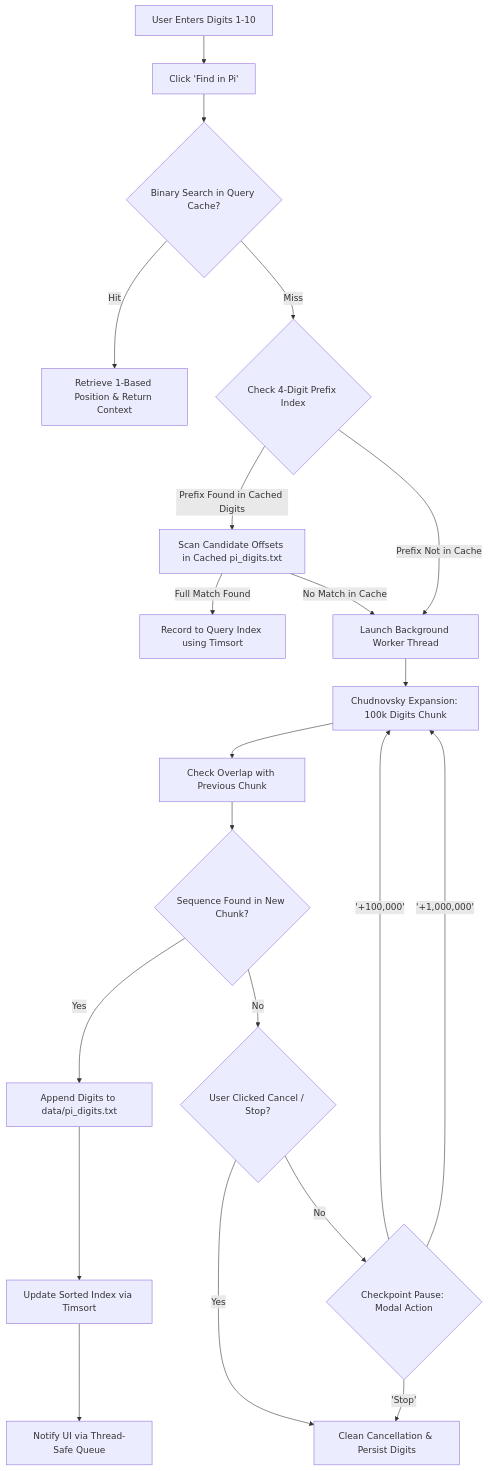
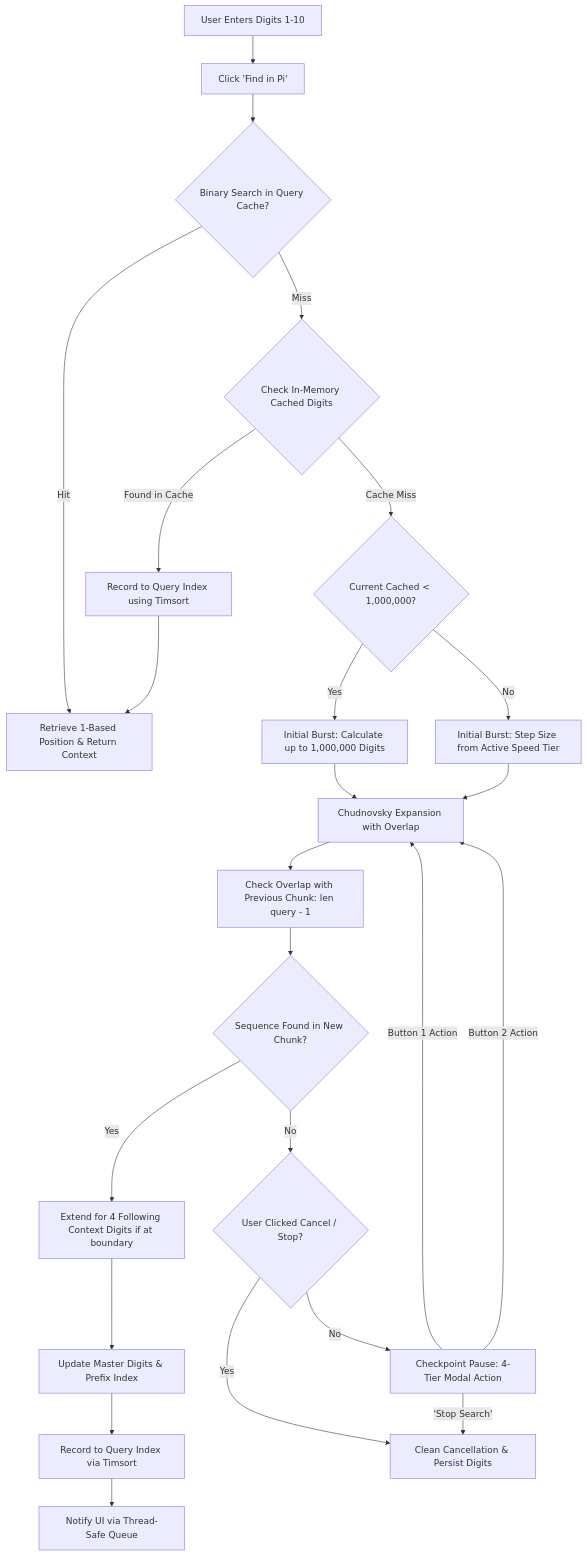
One commit to dabushes/PiPhone changed the diagram in PROJECT_DEFINITION.md. Above: the diagram before and after it, drawn with Mermaid. The commit also changed other lines of this file and 5 other files, not shown here.

Commit message:
Upgrade to v1.3: 4-tier time-budget bursts, 1M initial step, and hardened chunk boundary lookahead

````diff
--- a/PROJECT_DEFINITION.md
+++ b/PROJECT_DEFINITION.md
@@ -131,23 +140,26 @@
 ```mermaid
 flowchart TD
     A[User Enters Digits 1-10] --> B[Click 'Find in Pi']
     B --> C{Binary Search in Query Cache?}
     C -- Hit --> D[Retrieve 1-Based Position & Return Context]
-    C -- Miss --> E{Check 4-Digit Prefix Index}
-    E -- Prefix Found in Cached Digits --> F[Scan Candidate Offsets in Cached pi_digits.txt]
-    F -- Full Match Found --> G[Record to Query Index using Timsort]
-    F -- No Match in Cache --> H[Launch Background Worker Thread]
-    E -- Prefix Not in Cache --> H
-    H --> I[Chudnovsky Expansion: 100k Digits Chunk]
-    I --> J[Check Overlap with Previous Chunk]
-    J --> K{Sequence Found in New Chunk?}
-    K -- Yes --> L[Append Digits to data/pi_digits.txt]
-    L --> M[Update Sorted Index via Timsort]
-    M --> N[Notify UI via Thread-Safe Queue]
-    K -- No --> O{User Clicked Cancel / Stop?}
-    O -- Yes --> P[Clean Cancellation & Persist Digits]
-    O -- No --> Q{Checkpoint Pause: Modal Action}
-    Q -- '+100,000' --> I
-    Q -- '+1,000,000' --> I
-    Q -- 'Stop' --> P
+    C -- Miss --> E{Check In-Memory Cached Digits}
+    E -- Found in Cache --> F[Record to Query Index using Timsort]
+    F --> D
+    E -- Cache Miss --> G{Current Cached < 1,000,000?}
+    G -- Yes --> H[Initial Burst: Calculate up to 1,000,000 Digits]
+    G -- No --> I[Initial Burst: Step Size from Active Speed Tier]
+    H --> J[Chudnovsky Expansion with Overlap]
+    I --> J
+    J --> K[Check Overlap with Previous Chunk: len query - 1]
+    K --> L{Sequence Found in New Chunk?}
+    L -- Yes --> M[Extend for 4 Following Context Digits if at boundary]
+    M --> N[Update Master Digits & Prefix Index]
+    N --> O[Record to Query Index via Timsort]
+    O --> P[Notify UI via Thread-Safe Queue]
+    L -- No --> Q{User Clicked Cancel / Stop?}
+    Q -- Yes --> R[Clean Cancellation & Persist Digits]
+    Q -- No --> S[Checkpoint Pause: 4-Tier Modal Action]
+    S -- Button 1 Action --> J
+    S -- Button 2 Action --> J
+    S -- 'Stop Search' --> R
 ```
````
